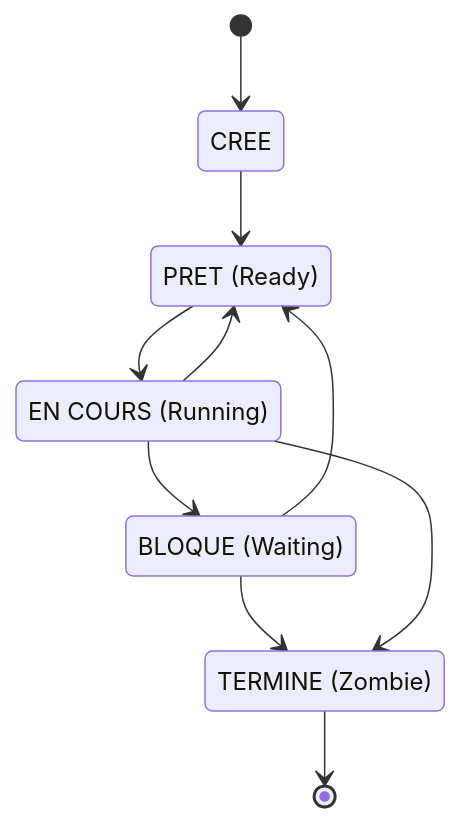
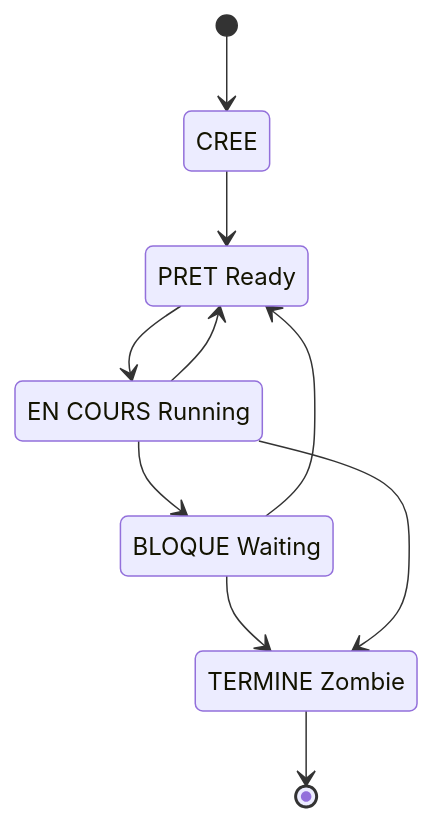
One commit to JSurquin/kibana2 changed the first of 2 diagrams in pages/03-processus-services.md. Above: the diagram before and after it, drawn with Mermaid. The commit also changed other lines of this file and 11 other files, not shown here.

Commit message:
Refactor: Add quotes to mermaid diagrams for clarity

````diff
--- a/pages/03-processus-services.md
+++ b/pages/03-processus-services.md
@@ -92,18 +92,18 @@
 ```mermaid
 stateDiagram-v2
     [*] --> Cree
     Cree --> Pret
     Pret --> EnCours
     EnCours --> Pret
     EnCours --> Bloque
     Bloque --> Pret
     Bloque --> Termine
     EnCours --> Termine
     Termine --> [*]
     
     state "CREE" as Cree
-    state "PRET (Ready)" as Pret
-    state "EN COURS (Running)" as EnCours
-    state "BLOQUE (Waiting)" as Bloque
-    state "TERMINE (Zombie)" as Termine
+    state "PRET Ready" as Pret
+    state "EN COURS Running" as EnCours
+    state "BLOQUE Waiting" as Bloque
+    state "TERMINE Zombie" as Termine
 ```
````
